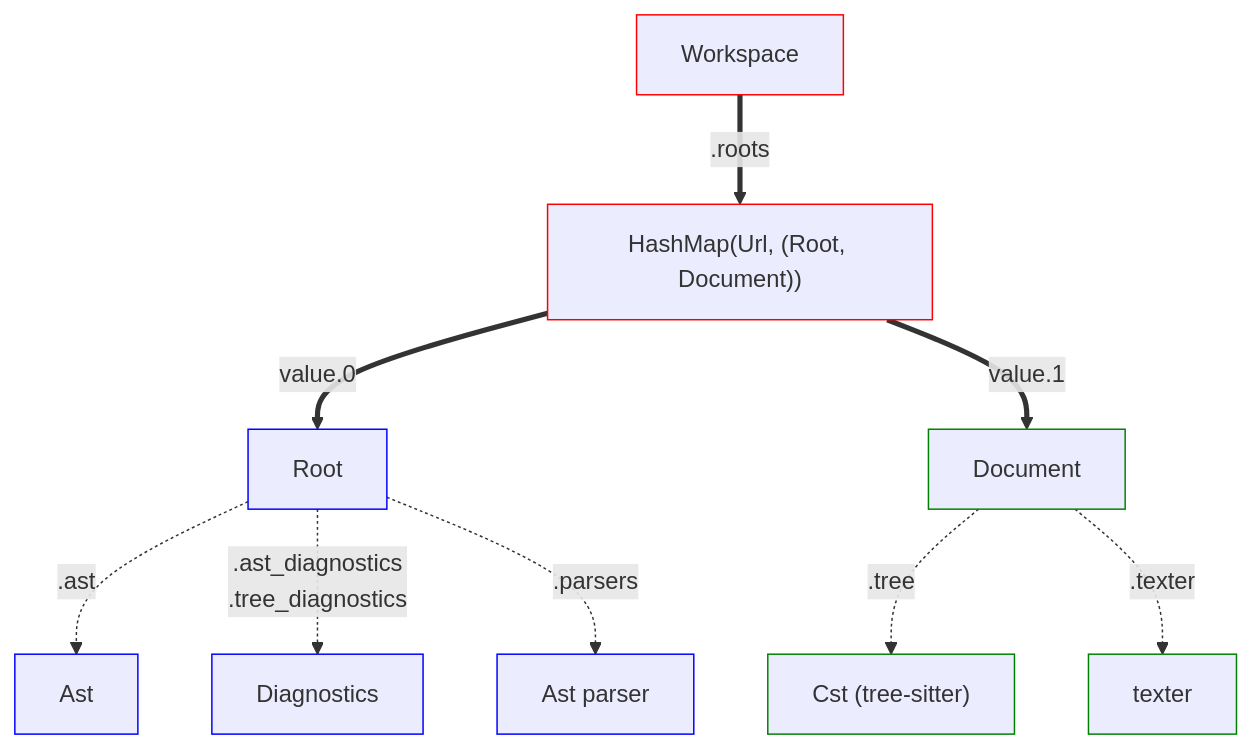
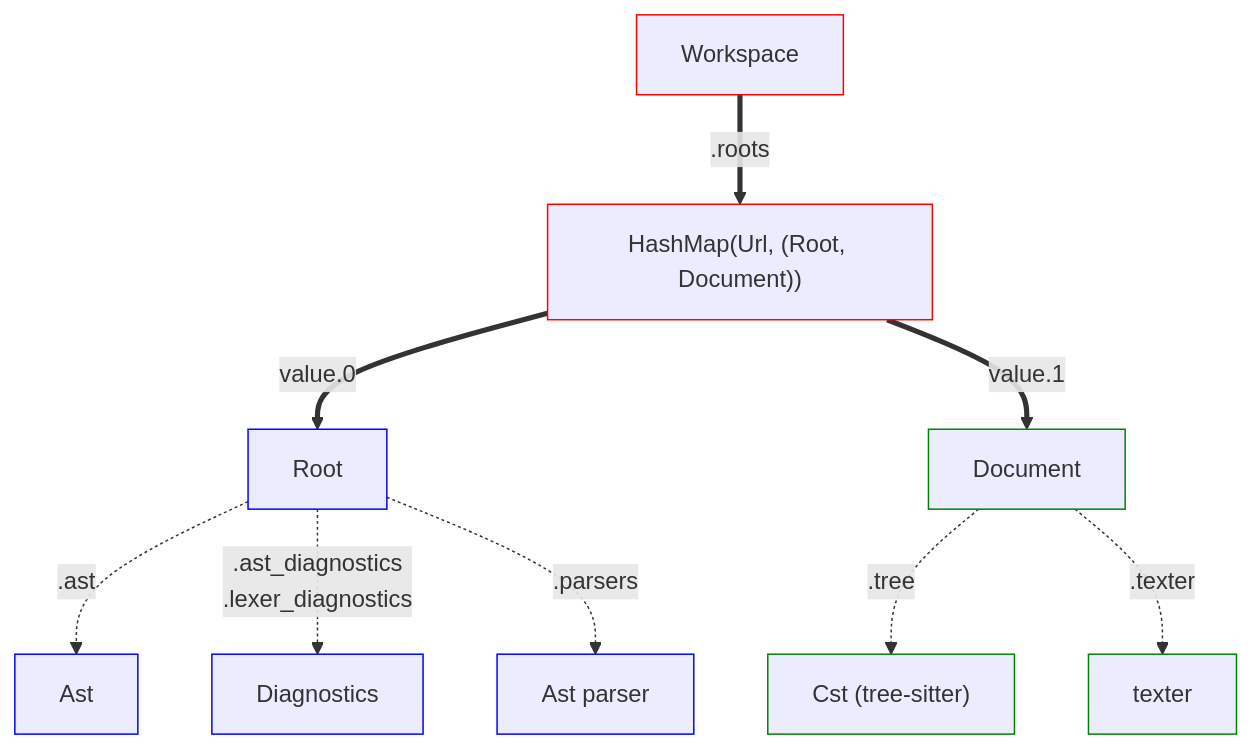
Before and after one commit to adclz/auto-lsp: the diagram in book/src/workspace/index.md, drawn with Mermaid. The commit also changed 1 other file, not shown here.

Commit message:
doc: correct diagnostics terminology in workspace documentation

````diff
--- a/book/src/workspace/index.md
+++ b/book/src/workspace/index.md
@@ -11,37 +11,37 @@
 ```mermaid
 graph TD
     A["Workspace"]
     A1["HashMap(Url, (Root, Document))"]
     B["Root"]
     B1["Ast"]
     B2["Diagnostics"]
     B3["Ast parser"]
     C["Document"]
     C1["Cst (tree-sitter)"]
     C2["texter"]
 
     A ==".roots"==> A1
     A1 =="value.0"==> B
     A1 =="value.1"==> C
 
     B -.".ast".-> B1
     B -.".ast_diagnostics
-    .tree_diagnostics".-> B2
+    .lexer_diagnostics".-> B2
     B -.".parsers".-> B3
 
     C -.".tree".-> C1
     C -.".texter".-> C2
 
 
 style A stroke:red
 style A1 stroke:red
 
 style B stroke:blue
 style B1 stroke:blue
 style B2 stroke:blue
 style B3 stroke:blue
 
 style C stroke:green
 style C1 stroke:green
 style C2 stroke:green
 ```
````
